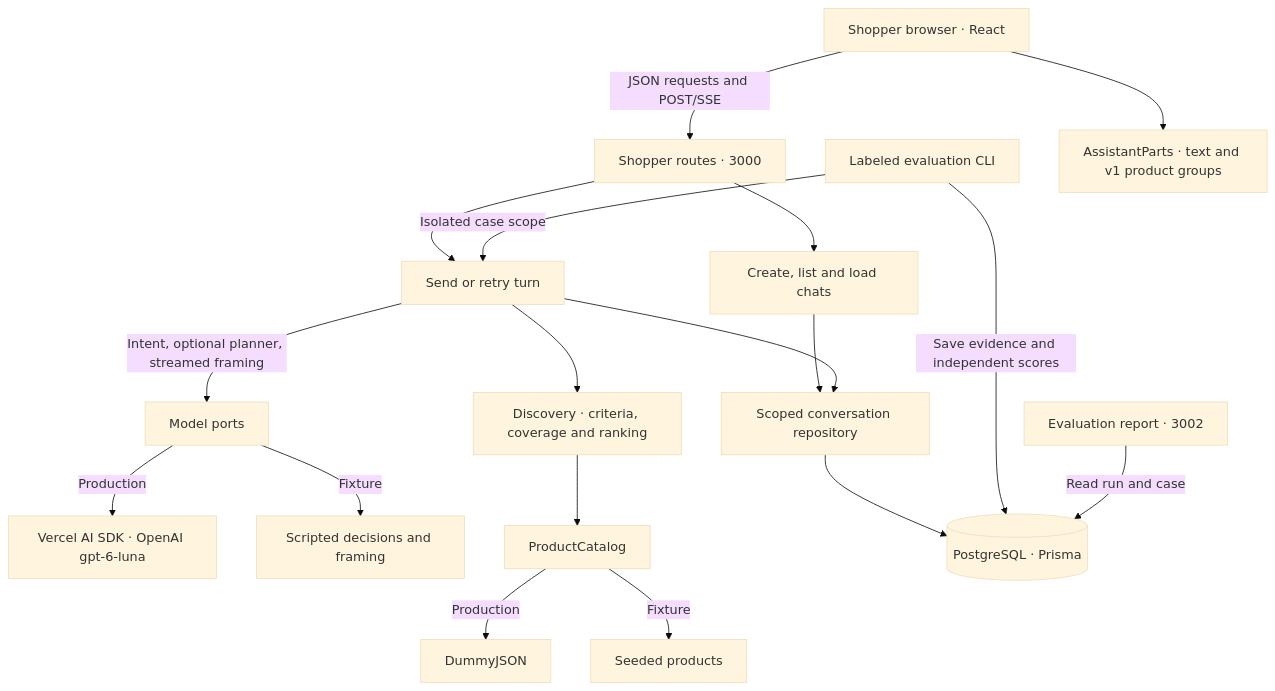
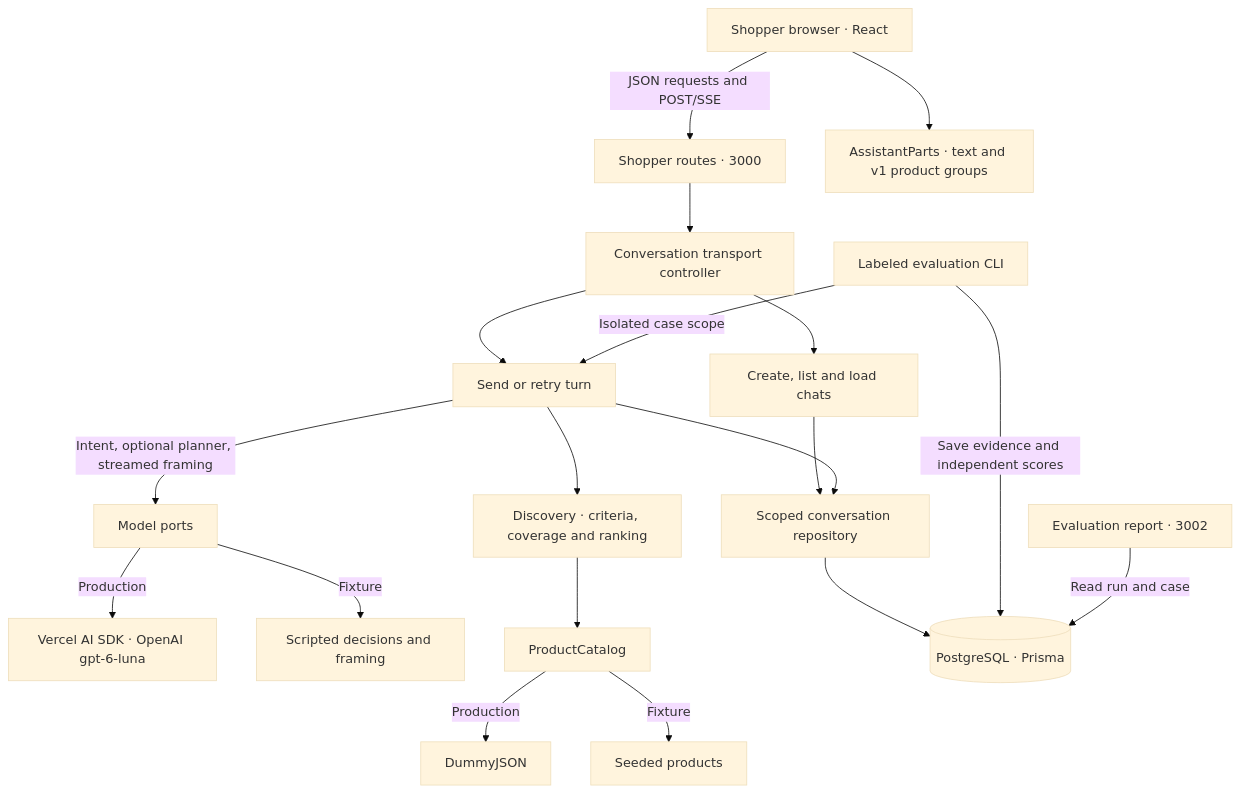
The first of 10 diagrams in docs/architecture.md (rosneri/bazak), drawn with Mermaid (base theme) before and after one commit. The commit also changed other lines of this file and 15 other files, not shown here.

Commit message:
Own shopper HTTP transport in a conversation controller

````diff
--- a/docs/architecture.md
+++ b/docs/architecture.md
@@ -7,20 +7,21 @@
 ```mermaid
 flowchart TB
   ui["Shopper browser · React"] -->|"JSON requests and POST/SSE"| route["Shopper routes · 3000"]
-  route --> management["Create, list and load chats"]
-  route --> turns["Send or retry turn"]
+  route --> controller["Conversation transport controller"]
+  controller --> management["Create, list and load chats"]
+  controller --> turns["Send or retry turn"]
   turns -->|"Intent, optional planner, streamed framing"| model["Model ports"]
   model -->|"Production"| sdk["Vercel AI SDK · OpenAI gpt-6-luna"]
   model -->|"Fixture"| script["Scripted decisions and framing"]
   turns --> discovery["Discovery · criteria, coverage and ranking"]
   discovery --> catalog["ProductCatalog"]
   catalog -->|"Production"| dummy["DummyJSON"]
   catalog -->|"Fixture"| seed["Seeded products"]
   management --> repo["Scoped conversation repository"]
   turns --> repo
   repo --> db[("PostgreSQL · Prisma")]
   cli["Labeled evaluation CLI"] -->|"Isolated case scope"| turns
   cli -->|"Save evidence and independent scores"| db
   dashboard["Evaluation report · 3002"] -->|"Read run and case"| db
   ui --> cards["AssistantParts · text and v1 product groups"]
 ```
````
